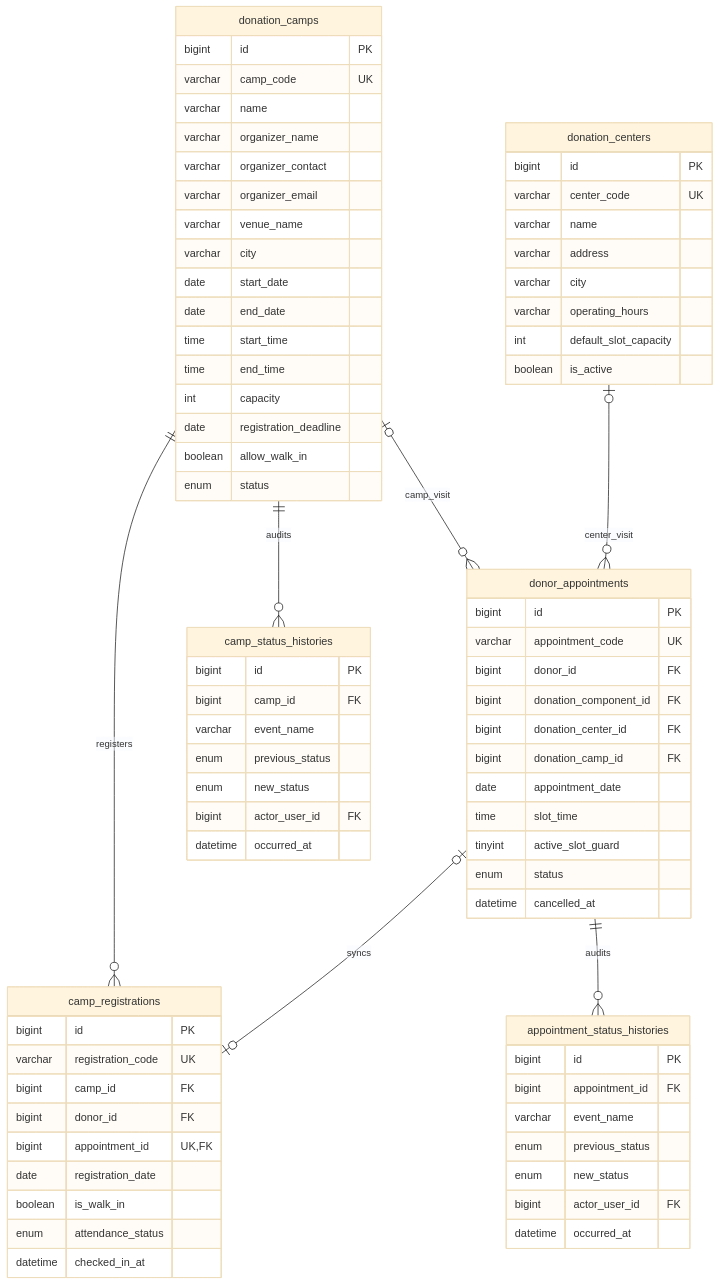
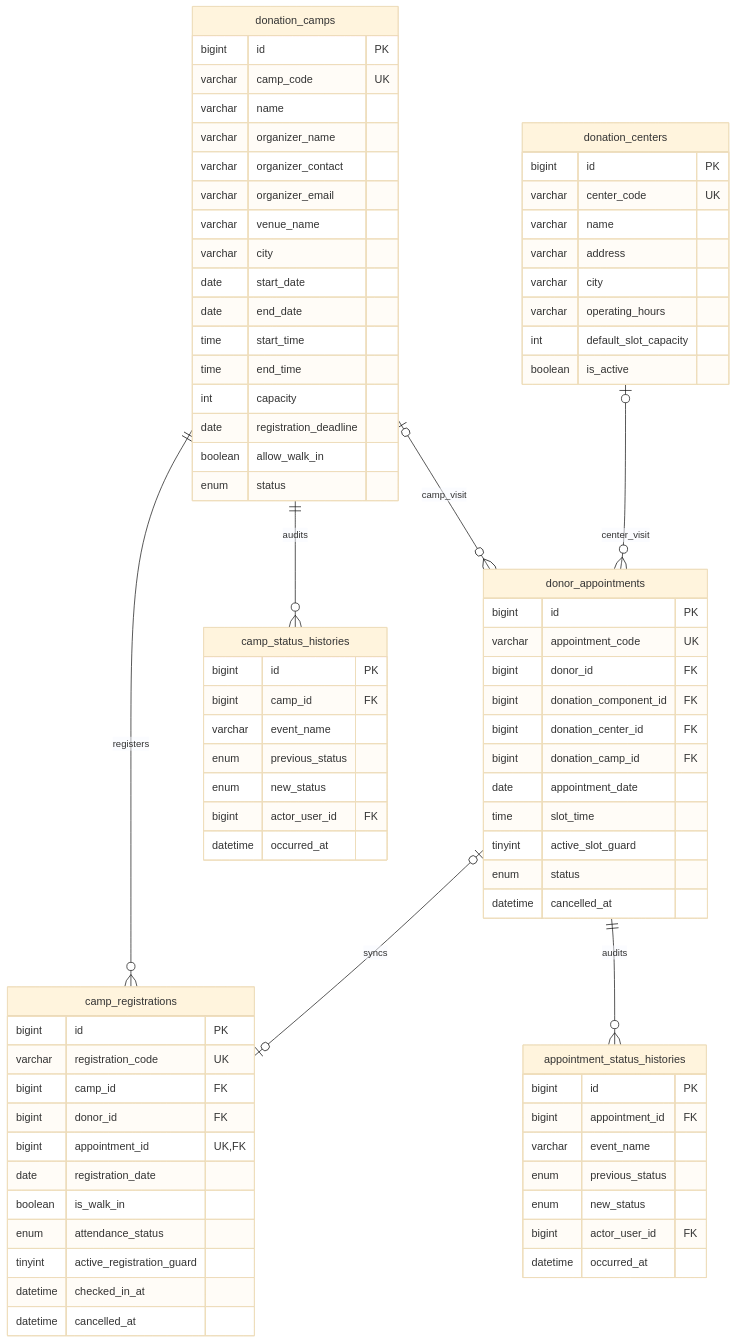
One commit to makarmee/BloodDonorMatchingSystem changed the fifth of 5 diagrams in docs/database-design/ERD.md. Above: the diagram before and after it, drawn with Mermaid (base theme). The commit also changed other lines of this file and 4 other files, not shown here.

Commit message:
docs: add database design business rules, data dictionary, erd, and schema specifications

```diff
--- a/docs/database-design/ERD.md
+++ b/docs/database-design/ERD.md
@@ -411,7 +468,9 @@
         date registration_date
         boolean is_walk_in
         enum attendance_status
+        tinyint active_registration_guard
         datetime checked_in_at
+        datetime cancelled_at
     }
 
     camp_status_histories {
```
